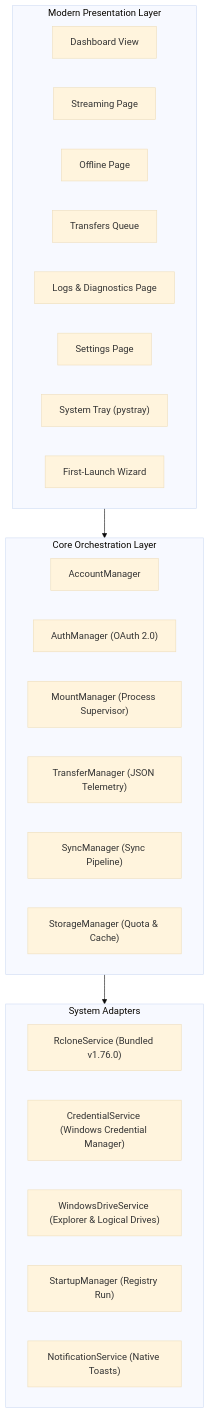
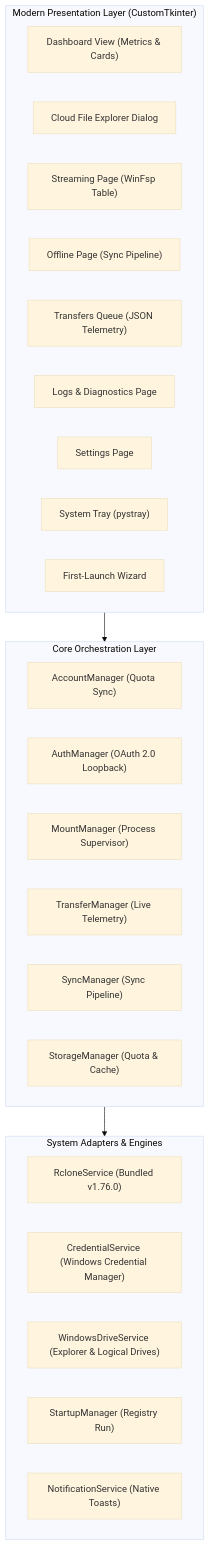
Before and after one commit to mohitbhatt-du/gdrive-manager: the diagram in README.md, drawn with Mermaid (base theme). The commit also changed other lines of this file and 5 other files, not shown here.

````diff
--- a/README.md
+++ b/README.md
@@ -139,33 +202,34 @@
 ```mermaid
 flowchart TD
-    subgraph UI ["Modern Presentation Layer"]
-        Dashboard["Dashboard View"]
-        StreamingUI["Streaming Page"]
-        OfflineUI["Offline Page"]
-        TransfersUI["Transfers Queue"]
+    subgraph UI ["Modern Presentation Layer (CustomTkinter)"]
+        Dashboard["Dashboard View (Metrics & Cards)"]
+        CloudBrowser["Cloud File Explorer Dialog"]
+        StreamingUI["Streaming Page (WinFsp Table)"]
+        OfflineUI["Offline Page (Sync Pipeline)"]
+        TransfersUI["Transfers Queue (JSON Telemetry)"]
         LogsUI["Logs & Diagnostics Page"]
         SettingsUI["Settings Page"]
         TrayUI["System Tray (pystray)"]
         WizardUI["First-Launch Wizard"]
     end
 
     subgraph Core ["Core Orchestration Layer"]
-        AccountMgr["AccountManager"]
-        AuthMgr["AuthManager (OAuth 2.0)"]
+        AccountMgr["AccountManager (Quota Sync)"]
+        AuthMgr["AuthManager (OAuth 2.0 Loopback)"]
         MountMgr["MountManager (Process Supervisor)"]
-        TransferMgr["TransferManager (JSON Telemetry)"]
+        TransferMgr["TransferManager (Live Telemetry)"]
         SyncMgr["SyncManager (Sync Pipeline)"]
         StorageMgr["StorageManager (Quota & Cache)"]
     end
 
-    subgraph Services ["System Adapters"]
+    subgraph Services ["System Adapters & Engines"]
         RcloneSvc["RcloneService (Bundled v1.76.0)"]
         CredVault["CredentialService (Windows Credential Manager)"]
         WinDrive["WindowsDriveService (Explorer & Logical Drives)"]
         StartupMgr["StartupManager (Registry Run)"]
         NotifyMgr["NotificationService (Native Toasts)"]
     end
 
     UI --> Core
     Core --> Services
 ```
````
